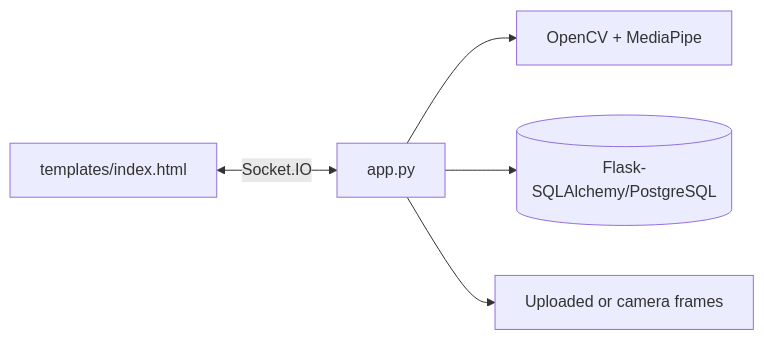
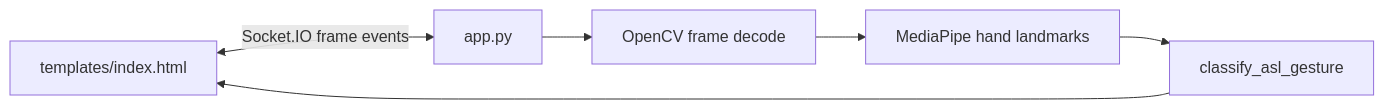
Before and after one commit to Majenayu/Python_Botcamp: the diagram in README.md, drawn with Mermaid. The commit also changed other lines of this file, not shown here.

````diff
--- a/README.md
+++ b/README.md
@@ -7,7 +7,8 @@
 ```mermaid
 flowchart LR
-  Browser[templates/index.html] <-->|Socket.IO| Flask[app.py]
-  Flask --> CV[OpenCV + MediaPipe]
-  Flask --> DB[(Flask-SQLAlchemy/PostgreSQL)]
-  Flask --> Camera[Uploaded or camera frames]
+  Browser[templates/index.html] <-->|Socket.IO frame events| Flask[app.py]
+  Flask --> CV[OpenCV frame decode]
+  CV --> MP[MediaPipe hand landmarks]
+  MP --> Classifier[classify_asl_gesture]
+  Classifier --> Browser
 ```
````
